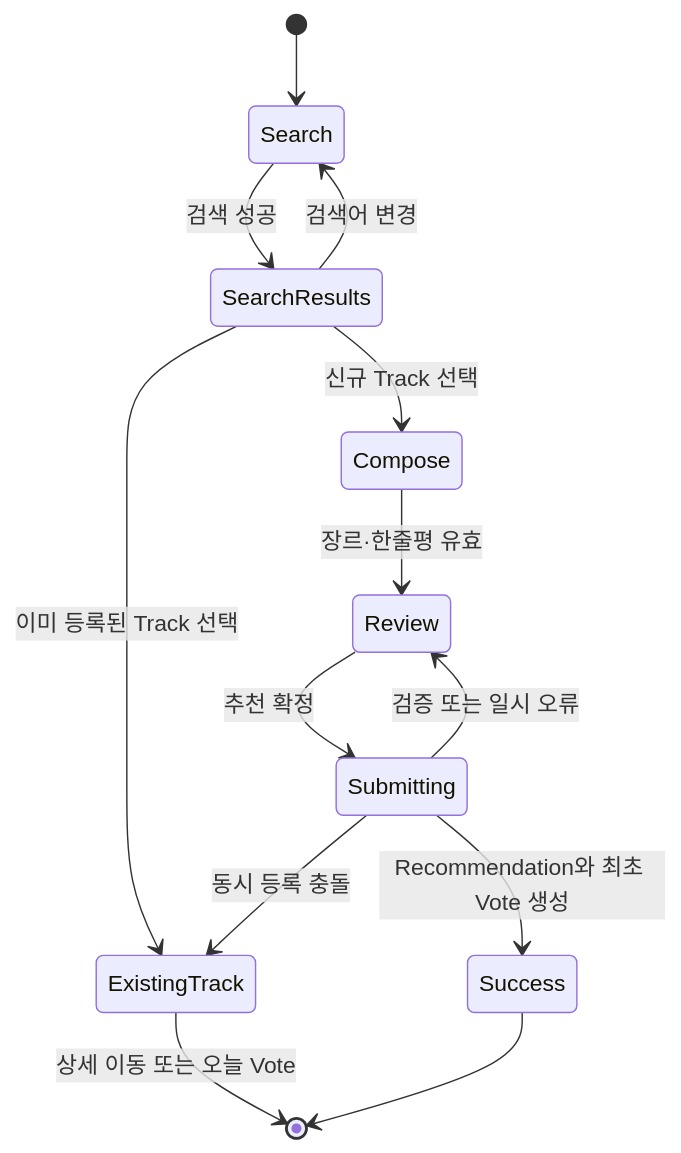
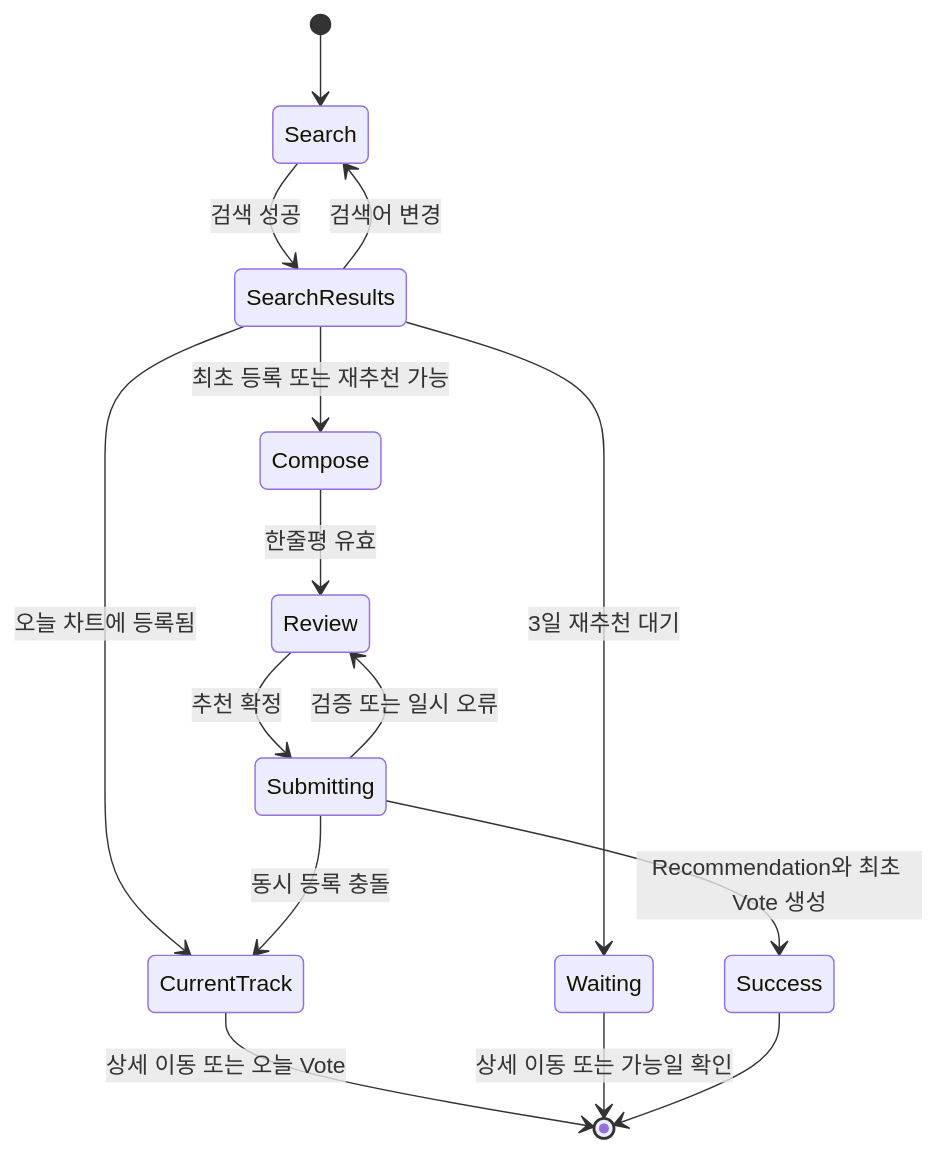
The second of 2 diagrams in docs/product/user-flows.md (badim1235/TrackDrop), drawn with Mermaid before and after one commit. The commit also changed other lines of this file and 51 other files, not shown here.

Commit message:
feat: finalize MVP flows and interface

````diff
--- a/docs/product/user-flows.md
+++ b/docs/product/user-flows.md
@@ -247,15 +249,17 @@
 ```mermaid
 stateDiagram-v2
     [*] --> Search
     Search --> SearchResults: 검색 성공
     SearchResults --> Search: 검색어 변경
-    SearchResults --> ExistingTrack: 이미 등록된 Track 선택
-    SearchResults --> Compose: 신규 Track 선택
-    ExistingTrack --> [*]: 상세 이동 또는 오늘 Vote
-    Compose --> Review: 장르·한줄평 유효
+    SearchResults --> CurrentTrack: 오늘 차트에 등록됨
+    SearchResults --> Waiting: 3일 재추천 대기
+    SearchResults --> Compose: 최초 등록 또는 재추천 가능
+    CurrentTrack --> [*]: 상세 이동 또는 오늘 Vote
+    Waiting --> [*]: 상세 이동 또는 가능일 확인
+    Compose --> Review: 한줄평 유효
     Review --> Submitting: 추천 확정
     Submitting --> Success: Recommendation와 최초 Vote 생성
-    Submitting --> ExistingTrack: 동시 등록 충돌
+    Submitting --> CurrentTrack: 동시 등록 충돌
     Submitting --> Review: 검증 또는 일시 오류
     Success --> [*]
 ```
````
